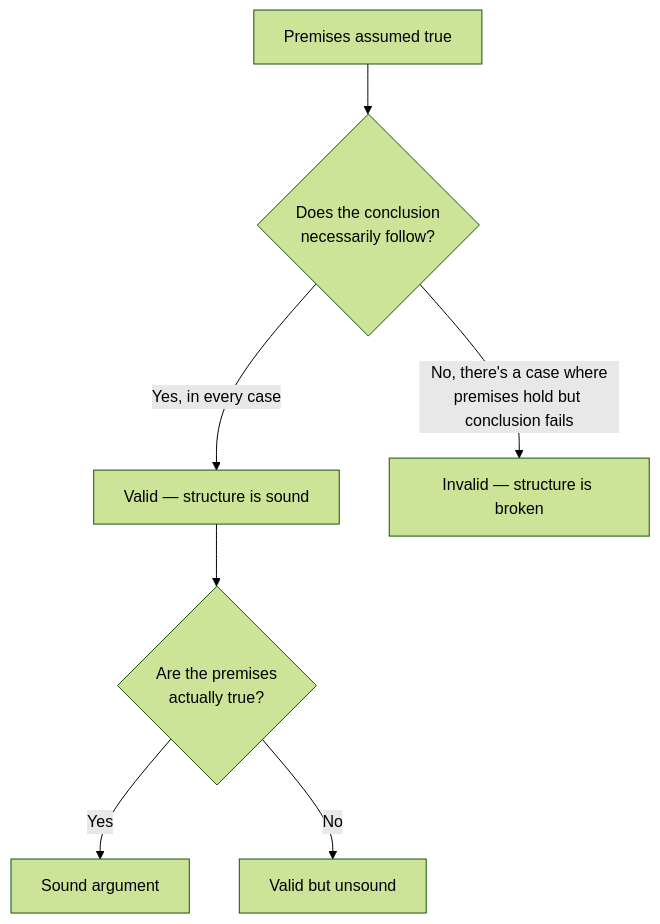
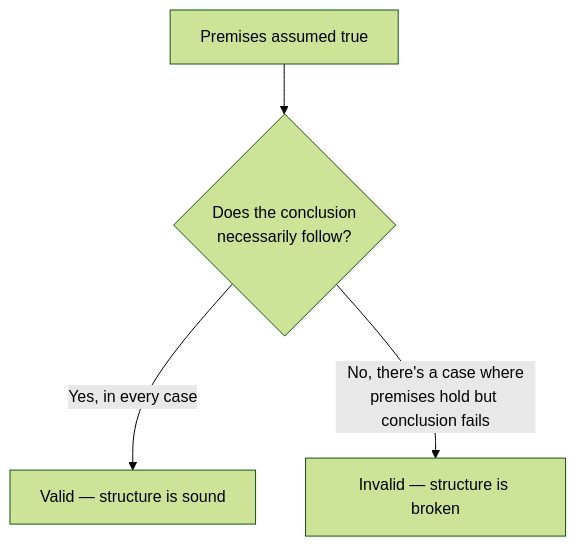
One commit to francoandreDev/knowledge changed the first of 2 diagrams in src/content/logic/formal-informal-logic/L2-concept.md. Above: the diagram before and after it, drawn with Mermaid (forest theme). The commit also changed other lines of this file and 22 other files, not shown here.

````diff
--- a/src/content/logic/formal-informal-logic/L2-concept.md
+++ b/src/content/logic/formal-informal-logic/L2-concept.md
@@ -7,9 +9,6 @@
 ```mermaid
 flowchart TD
     P["Premises assumed true"] --> S{"Does the conclusion\nnecessarily follow?"}
     S -- "Yes, in every case" --> V["Valid — structure is sound"]
     S -- "No, there's a case where\npremises hold but conclusion fails" --> I["Invalid — structure is broken"]
-    V --> T{"Are the premises\nactually true?"}
-    T -- "Yes" --> Sound["Sound argument"]
-    T -- "No" --> Unsound["Valid but unsound"]
 ```
````
